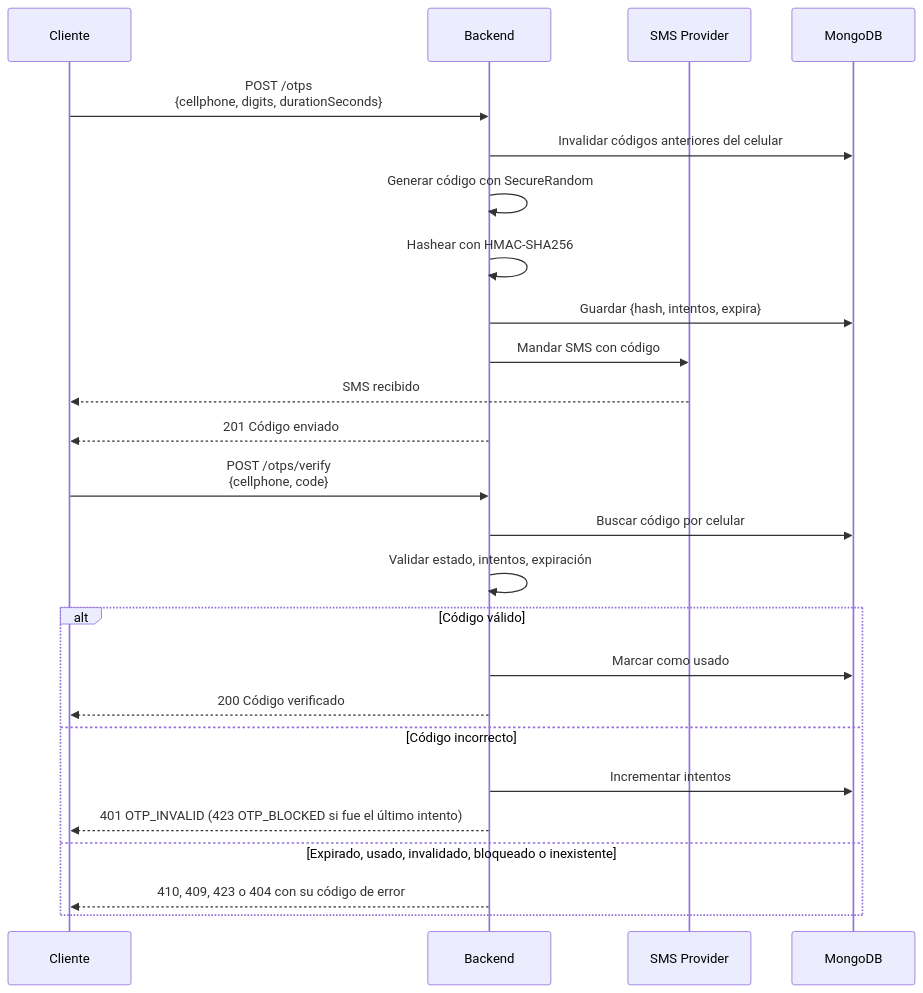
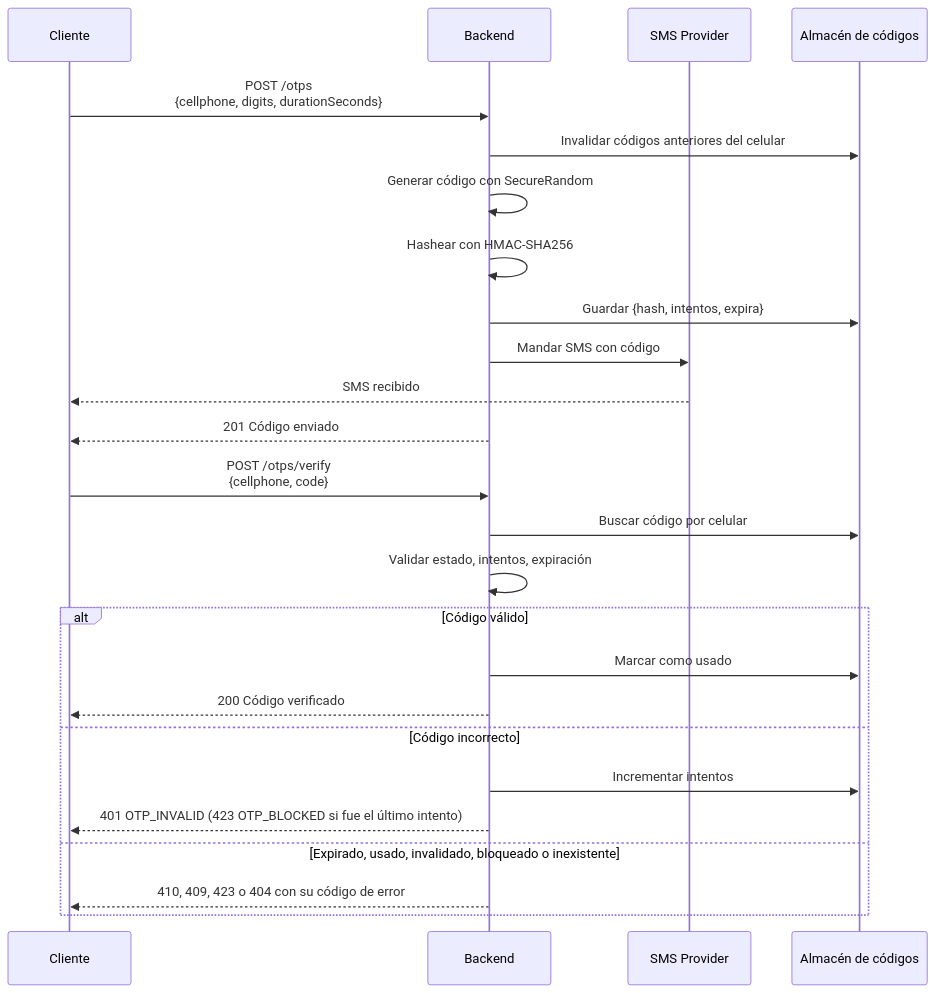
One commit to JoshRivas313/OTP-Service changed the first of 2 diagrams in README.md. Above: the diagram before and after it, drawn with Mermaid. The commit also changed other lines of this file and 16 other files, not shown here.

````diff
--- a/README.md
+++ b/README.md
@@ -565,29 +608,29 @@
 ```mermaid
 sequenceDiagram
     participant Cliente
     participant Backend
     participant SMS as SMS Provider
-    participant Mongo as MongoDB
+    participant Store as Almacén de códigos
 
     Cliente->>Backend: POST /otps<br/>{cellphone, digits, durationSeconds}
-    Backend->>Mongo: Invalidar códigos anteriores del celular
+    Backend->>Store: Invalidar códigos anteriores del celular
     Backend->>Backend: Generar código con SecureRandom
     Backend->>Backend: Hashear con HMAC-SHA256
-    Backend->>Mongo: Guardar {hash, intentos, expira}
+    Backend->>Store: Guardar {hash, intentos, expira}
     Backend->>SMS: Mandar SMS con código
     SMS-->>Cliente: SMS recibido
     Backend-->>Cliente: 201 Código enviado
 
     Cliente->>Backend: POST /otps/verify<br/>{cellphone, code}
-    Backend->>Mongo: Buscar código por celular
+    Backend->>Store: Buscar código por celular
     Backend->>Backend: Validar estado, intentos, expiración
     alt Código válido
-        Backend->>Mongo: Marcar como usado
+        Backend->>Store: Marcar como usado
         Backend-->>Cliente: 200 Código verificado
     else Código incorrecto
-        Backend->>Mongo: Incrementar intentos
+        Backend->>Store: Incrementar intentos
         Backend-->>Cliente: 401 OTP_INVALID (423 OTP_BLOCKED si fue el último intento)
     else Expirado, usado, invalidado, bloqueado o inexistente
         Backend-->>Cliente: 410, 409, 423 o 404 con su código de error
     end
 ```
````
